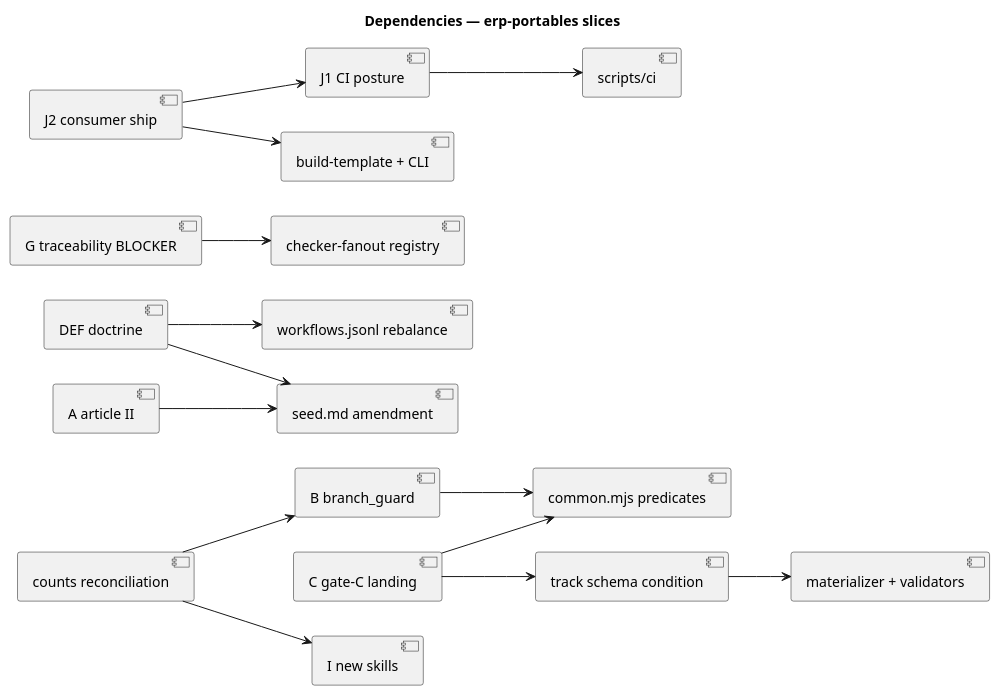
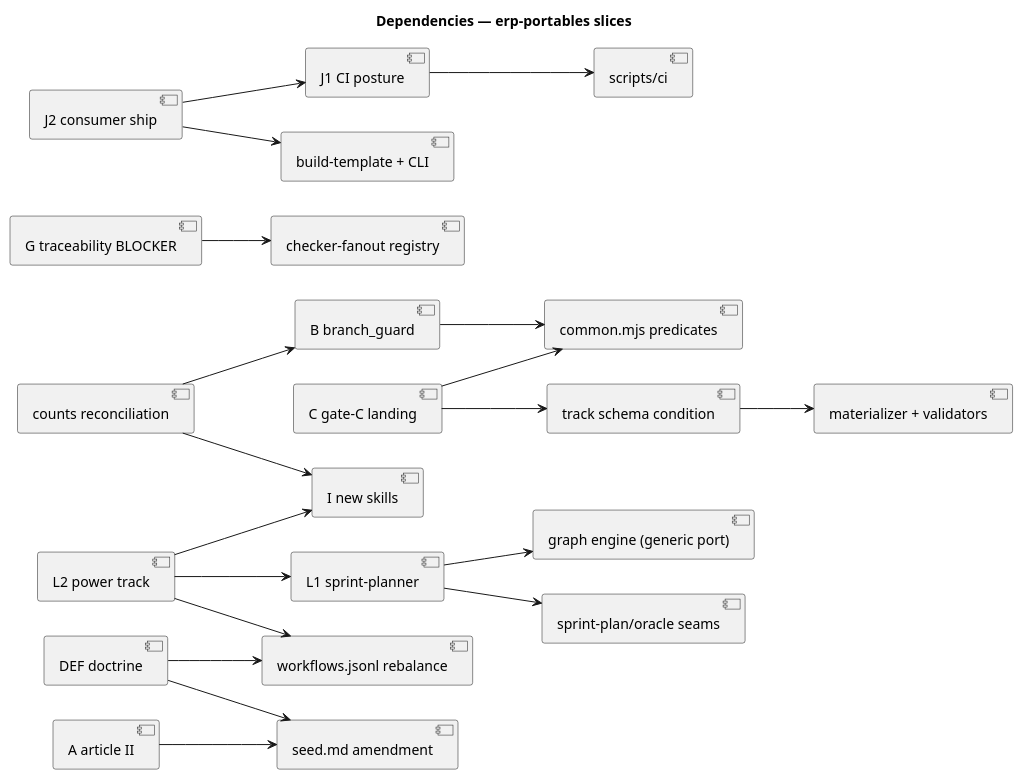
One commit to friedbotstudio/baseline changed diagram 20 of 20 in docs/specs/erp-portables.md. Above: the diagram before and after it, drawn with PlantUML. The commit also changed other lines of this file and 4 other files, not shown here.

````diff
--- a/docs/specs/erp-portables.md
+++ b/docs/specs/erp-portables.md
@@ -392,20 +444,25 @@
 ```plantuml
 @startuml
 ' @kind dependency-graph
 title Dependencies — erp-portables slices
 left to right direction
 [B branch_guard] --> [common.mjs predicates]
 [C gate-C landing] --> [common.mjs predicates]
 [C gate-C landing] --> [track schema condition]
 [track schema condition] --> [materializer + validators]
 [DEF doctrine] --> [workflows.jsonl rebalance]
 [G traceability BLOCKER] --> [checker-fanout registry]
 [A article II] --> [seed.md amendment]
 [DEF doctrine] --> [seed.md amendment]
 [counts reconciliation] --> [B branch_guard]
 [counts reconciliation] --> [I new skills]
 [J1 CI posture] --> [scripts/ci]
 [J2 consumer ship] --> [J1 CI posture]
 [J2 consumer ship] --> [build-template + CLI]
+[L1 sprint-planner] --> [graph engine (generic port)]
+[L1 sprint-planner] --> [sprint-plan/oracle seams]
+[L2 power track] --> [L1 sprint-planner]
+[L2 power track] --> [I new skills]
+[L2 power track] --> [workflows.jsonl rebalance]
 @enduml
 ```
````
